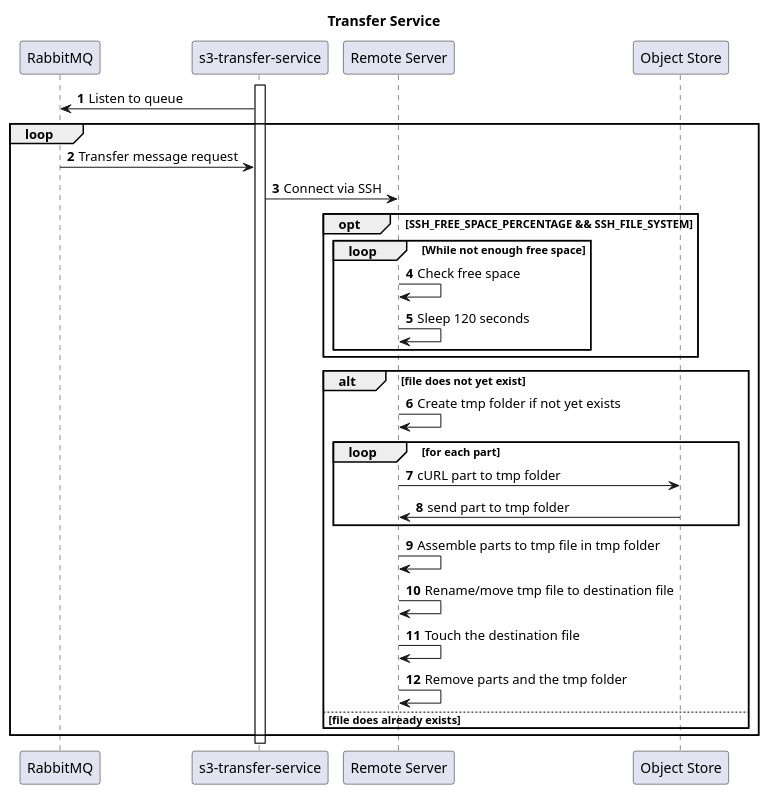
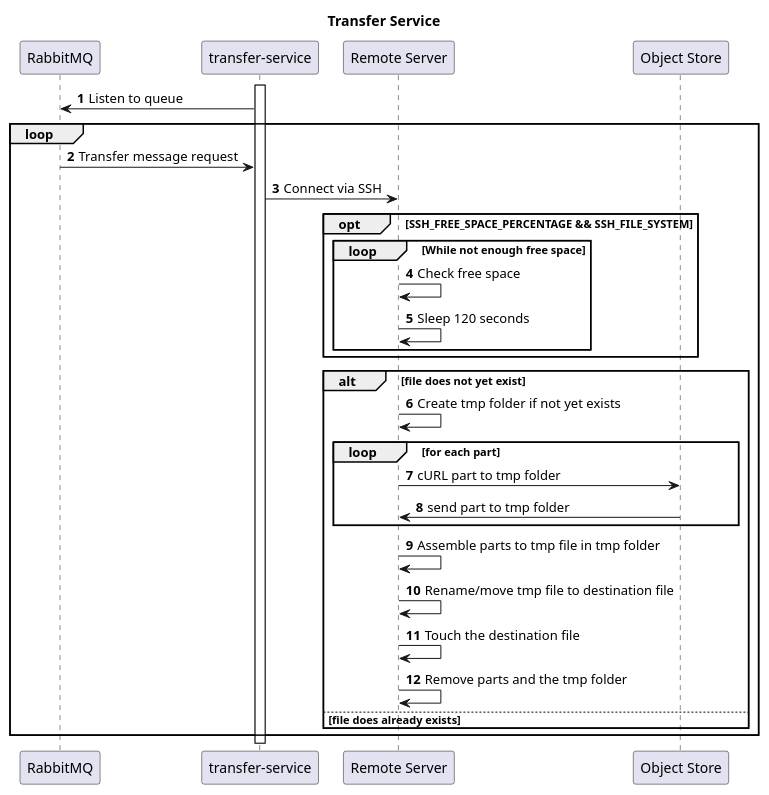
Before and after one commit to viaacode/transfer-service: the diagram in docs/transfer-service_sequence-diagram.plantuml, drawn with PlantUML.

Commit message:
DEV-2297 Fix some "s3" references in diagram

```diff
--- a/docs/transfer-service_sequence-diagram.plantuml
+++ b/docs/transfer-service_sequence-diagram.plantuml
@@ -1,37 +1,37 @@
 @startuml transfer-service
 
 autonumber
 
 title Transfer Service
 
 participant rabbit as "RabbitMQ"
-participant sts as "s3-transfer-service"
+participant self as "transfer-service"
 participant tra as "Remote Server"
 participant os as "Object Store"
 
-activate sts
-sts -> rabbit: Listen to queue
+activate self
+self -> rabbit: Listen to queue
 loop
-    rabbit -> sts: Transfer message request
-    sts -> tra: Connect via SSH
+    rabbit -> self: Transfer message request
+    self -> tra: Connect via SSH
     opt SSH_FREE_SPACE_PERCENTAGE && SSH_FILE_SYSTEM
         loop While not enough free space
             tra -> tra: Check free space
             tra -> tra: Sleep 120 seconds
         end
     end
     alt file does not yet exist
         tra -> tra: Create tmp folder if not yet exists
         loop for each part
         tra -> os: cURL part to tmp folder
         os -> tra: send part to tmp folder
         end
         tra -> tra: Assemble parts to tmp file in tmp folder
         tra -> tra: Rename/move tmp file to destination file
         tra -> tra: Touch the destination file
         tra -> tra: Remove parts and the tmp folder
     else file does already exists
     end
 end
 
 @enduml
```
